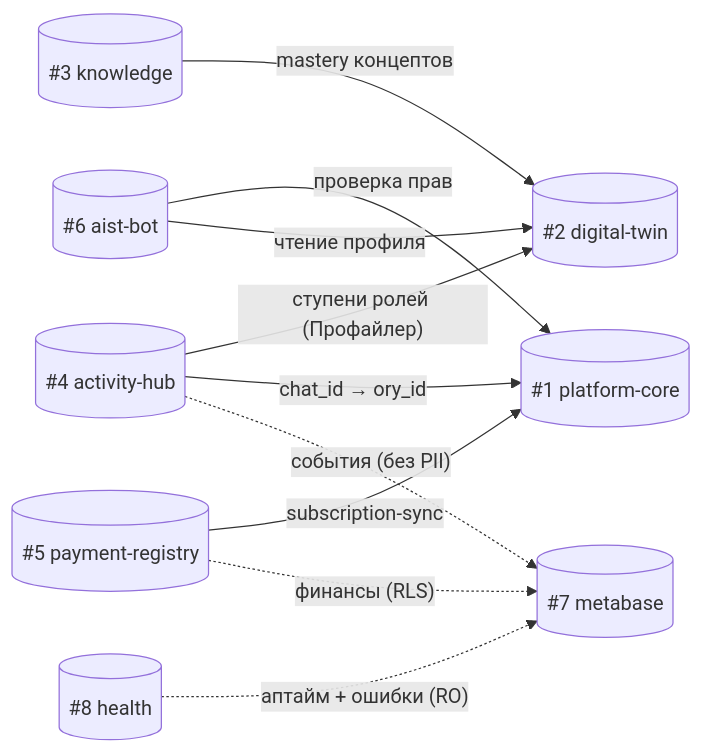
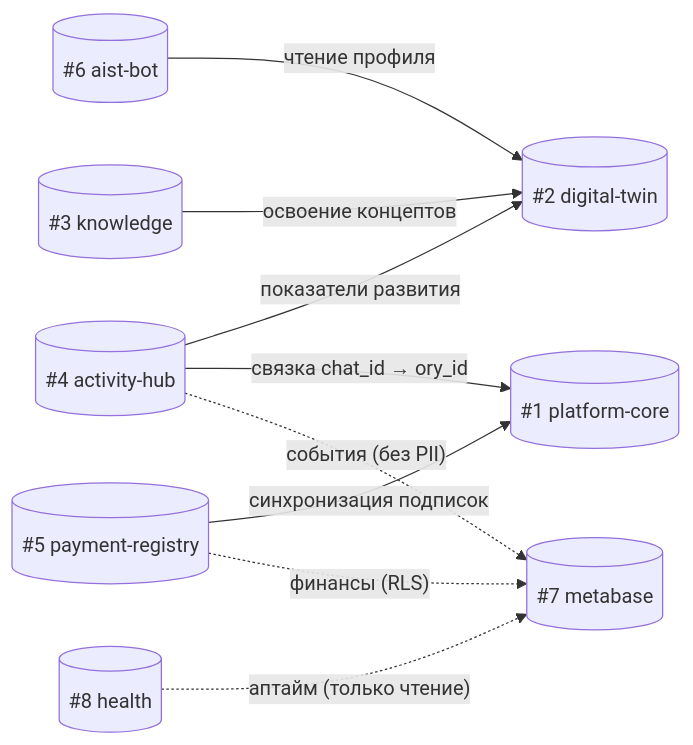
Before and after one commit to TserenTserenov/PACK-digital-platform: the fourth of 12 diagrams in pack/digital-platform/02-domain-entities/DP.ARCH.004-neon-data-architecture.md, drawn with Mermaid. The commit also changed other lines of this file, not shown here.

First line of the commit message:
fix(DP.ARCH.004): исправить диаграммы §4.0-4.5

````diff
--- a/pack/digital-platform/02-domain-entities/DP.ARCH.004-neon-data-architecture.md
+++ b/pack/digital-platform/02-domain-entities/DP.ARCH.004-neon-data-architecture.md
@@ -387,21 +395,20 @@
 ```mermaid
 graph LR
     PC[(#1 platform-core)]
     DT[(#2 digital-twin)]
     KN[(#3 knowledge)]
     AH[(#4 activity-hub)]
     PR[(#5 payment-registry)]
     AB[(#6 aist-bot)]
     MB[(#7 metabase)]
     HL[(#8 health)]
 
-    AH -- "ступени ролей (Профайлер)" --> DT
-    AH -- "chat_id → ory_id" --> PC
-    PR -- "subscription-sync" --> PC
-    AB -- "проверка прав" --> PC
+    AH -- "показатели развития" --> DT
+    AH -- "связка chat_id → ory_id" --> PC
+    PR -- "синхронизация подписок" --> PC
     AB -- "чтение профиля" --> DT
-    KN -- "mastery концептов" --> DT
+    KN -- "освоение концептов" --> DT
     PR -. "финансы (RLS)" .-> MB
     AH -. "события (без PII)" .-> MB
-    HL -. "аптайм + ошибки (RO)" .-> MB
+    HL -. "аптайм (только чтение)" .-> MB
 ```
````
